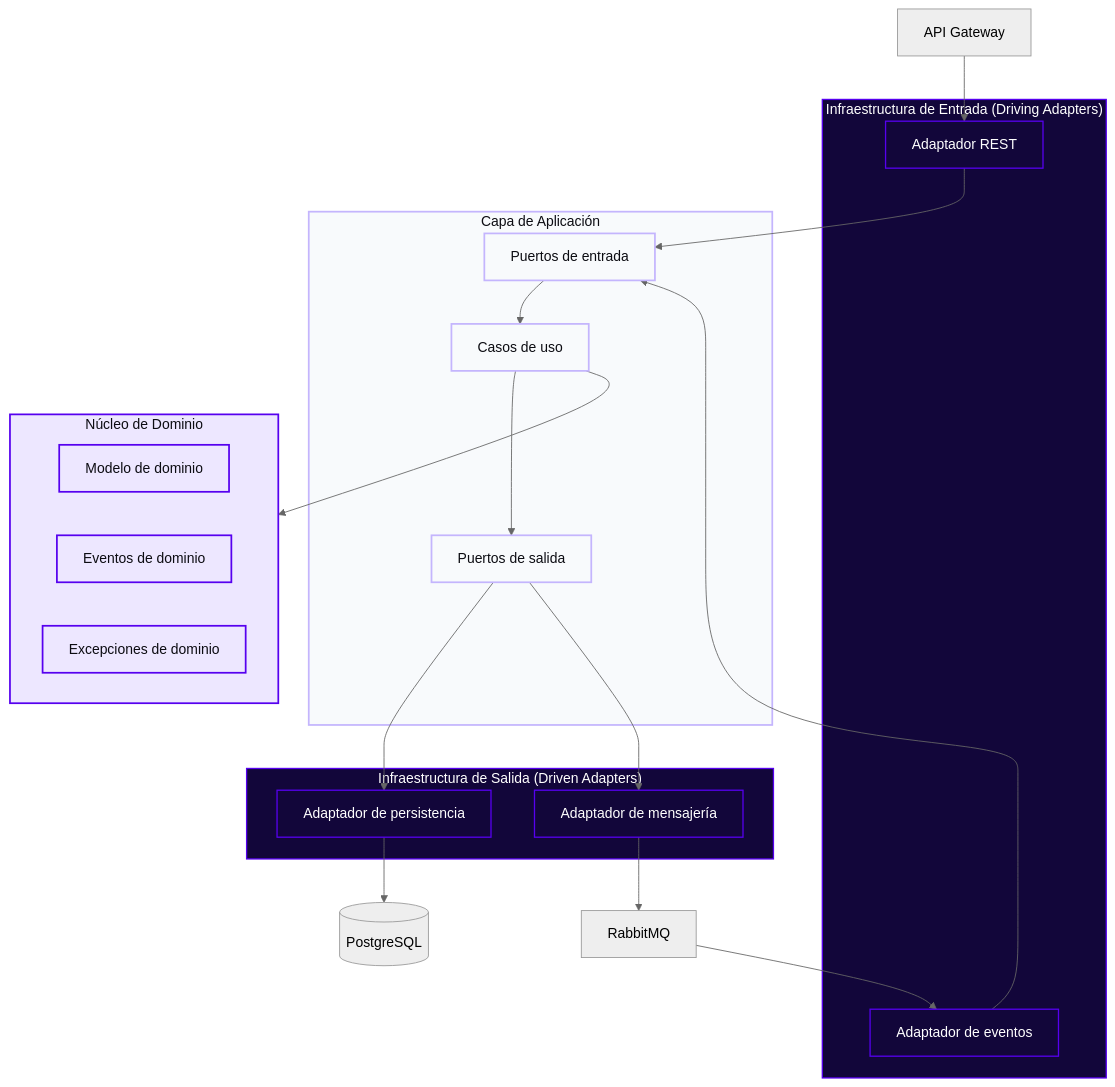
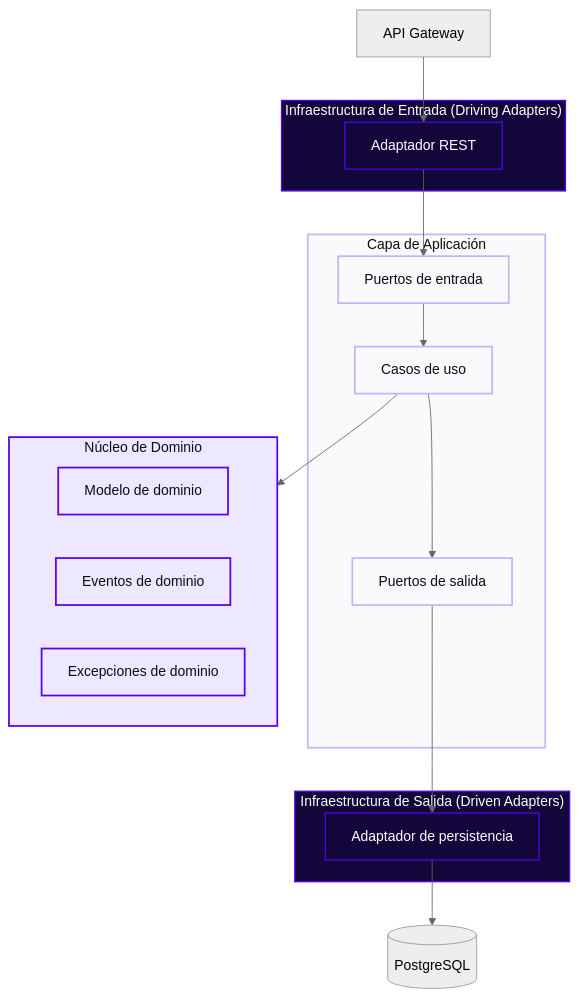
The first of 2 diagrams in README.md (StyleRadar1/RST-Geolocation-Service), drawn with Mermaid (neutral theme) before and after one commit. The commit also changed other lines of this file and 7 other files, not shown here.

Commit message:
feat(geolocalizacion): Se agrega el CD a Azure, se actualiza a PostgreSQL 16 y se quita RabbitMQ porque el servicio no usa eventos.

````diff
--- a/README.md
+++ b/README.md
@@ -119,49 +119,42 @@
 ```mermaid
 flowchart TD
     GW["API Gateway"]
-    BRK["RabbitMQ"]
 
     subgraph INFRA_IN["Infraestructura de Entrada (Driving Adapters)"]
         REST["Adaptador REST"]
-        AMQP_IN["Adaptador de eventos"]
     end
 
     subgraph APP["Capa de Aplicación"]
         IN_PORT["Puertos de entrada"]
         USE_CASES["Casos de uso"]
         OUT_PORT["Puertos de salida"]
     end
 
     subgraph DOMAIN["Núcleo de Dominio"]
         ENTITIES["Modelo de dominio"]
         EVENTS["Eventos de dominio"]
         EXCEPTIONS["Excepciones de dominio"]
     end
 
     subgraph INFRA_OUT["Infraestructura de Salida (Driven Adapters)"]
         JPA_REPO["Adaptador de persistencia"]
-        RABBIT_PUB["Adaptador de mensajería"]
     end
 
     DB[("PostgreSQL")]
 
     GW --> REST
-    BRK --> AMQP_IN
     REST --> IN_PORT
-    AMQP_IN --> IN_PORT
     IN_PORT --> USE_CASES
     USE_CASES --> DOMAIN
     USE_CASES --> OUT_PORT
     OUT_PORT --> JPA_REPO
-    OUT_PORT --> RABBIT_PUB
     JPA_REPO --> DB
-    RABBIT_PUB --> BRK
 
     classDef domain fill:#EDE7FF,stroke:#5600EF,stroke-width:2px,color:#0C0C12;
     classDef app fill:#F8FAFC,stroke:#C4B5FD,stroke-width:2px,color:#0C0C12;
     classDef infra fill:#12063A,stroke:#5600EF,stroke-width:1.5px,color:#FFFFFF;
 
     class DOMAIN,ENTITIES,EVENTS,EXCEPTIONS domain;
     class APP,IN_PORT,USE_CASES,OUT_PORT app;
-    class INFRA_IN,INFRA_OUT,REST,AMQP_IN,JPA_REPO,RABBIT_PUB infra;
+    class INFRA_IN,INFRA_OUT,REST,JPA_REPO infra;
 ```
````
